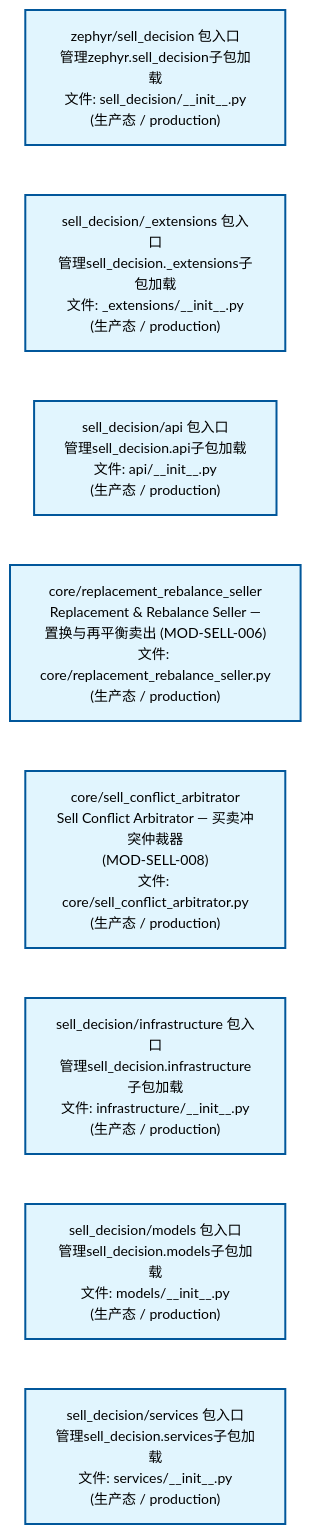
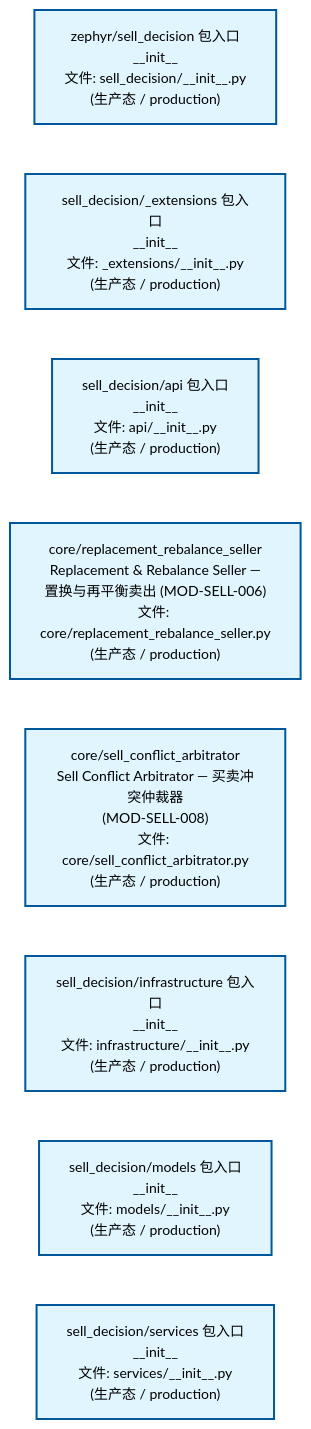
Before and after one commit to xuanFelixVan/ZephyrAlpha: the second of 4 diagrams in docs/02_enterprise_architecture/02_domain_architecture_docs/67_d_sell_decision.md, drawn with Mermaid. The commit also changed other lines of this file and 56 other files, not shown here.

````diff
--- a/docs/02_enterprise_architecture/02_domain_architecture_docs/67_d_sell_decision.md
+++ b/docs/02_enterprise_architecture/02_domain_architecture_docs/67_d_sell_decision.md
@@ -134,24 +134,24 @@
 ```mermaid
 %%{init: {'theme': 'base', 'themeVariables': {'primaryColor': '#eaeaea', 'primaryTextColor': '#333333', 'primaryBorderColor': '#666666', 'lineColor': '#666666', 'secondaryColor': '#eaeaea', 'tertiaryColor': '#eaeaea', 'fontSize': '14px'}}}%%
 flowchart TD
-    src_zephyr_sell_decision_init_py["zephyr/sell_decision 包入口<br/>管理zephyr.sell_decision子包加载<br/>文件: sell_decision/__init__.py<br/>(生产态 / production)"]
-    src_zephyr_sell_decision_extensions_init_py["sell_decision/_extensions 包入口<br/>管理sell_decision._extensions子包加载<br/>文件: _extensions/__init__.py<br/>(生产态 / production)"]
-    src_zephyr_sell_decision_api_init_py["sell_decision/api 包入口<br/>管理sell_decision.api子包加载<br/>文件: api/__init__.py<br/>(生产态 / production)"]
+    src_zephyr_sell_decision_init_py["zephyr/sell_decision 包入口<br/>__init__<br/>文件: sell_decision/__init__.py<br/>(生产态 / production)"]
+    src_zephyr_sell_decision_extensions_init_py["sell_decision/_extensions 包入口<br/>__init__<br/>文件: _extensions/__init__.py<br/>(生产态 / production)"]
+    src_zephyr_sell_decision_api_init_py["sell_decision/api 包入口<br/>__init__<br/>文件: api/__init__.py<br/>(生产态 / production)"]
     src_zephyr_sell_decision_core_replacement_rebalance_seller_py["core/replacement_rebalance_seller<br/>Replacement & Rebalance Seller —<br/>置换与再平衡卖出 (MOD-SELL-006)<br/>文件: core/replacement_rebalance_seller.py<br/>(生产态 / production)"]
     src_zephyr_sell_decision_core_sell_conflict_arbitrator_py["core/sell_conflict_arbitrator<br/>Sell Conflict Arbitrator — 买卖冲突仲裁器<br/>(MOD-SELL-008)<br/>文件: core/sell_conflict_arbitrator.py<br/>(生产态 / production)"]
-    src_zephyr_sell_decision_infrastructure_init_py["sell_decision/infrastructure 包入口<br/>管理sell_decision.infrastructure子包加载<br/>文件: infrastructure/__init__.py<br/>(生产态 / production)"]
-    src_zephyr_sell_decision_models_init_py["sell_decision/models 包入口<br/>管理sell_decision.models子包加载<br/>文件: models/__init__.py<br/>(生产态 / production)"]
-    src_zephyr_sell_decision_services_init_py["sell_decision/services 包入口<br/>管理sell_decision.services子包加载<br/>文件: services/__init__.py<br/>(生产态 / production)"]
+    src_zephyr_sell_decision_infrastructure_init_py["sell_decision/infrastructure 包入口<br/>__init__<br/>文件: infrastructure/__init__.py<br/>(生产态 / production)"]
+    src_zephyr_sell_decision_models_init_py["sell_decision/models 包入口<br/>__init__<br/>文件: models/__init__.py<br/>(生产态 / production)"]
+    src_zephyr_sell_decision_services_init_py["sell_decision/services 包入口<br/>__init__<br/>文件: services/__init__.py<br/>(生产态 / production)"]
     src_zephyr_sell_decision_init_py ~~~ src_zephyr_sell_decision_extensions_init_py
     src_zephyr_sell_decision_extensions_init_py ~~~ src_zephyr_sell_decision_api_init_py
     src_zephyr_sell_decision_api_init_py ~~~ src_zephyr_sell_decision_core_replacement_rebalance_seller_py
     src_zephyr_sell_decision_core_replacement_rebalance_seller_py ~~~ src_zephyr_sell_decision_core_sell_conflict_arbitrator_py
     src_zephyr_sell_decision_core_sell_conflict_arbitrator_py ~~~ src_zephyr_sell_decision_infrastructure_init_py
     src_zephyr_sell_decision_infrastructure_init_py ~~~ src_zephyr_sell_decision_models_init_py
     src_zephyr_sell_decision_models_init_py ~~~ src_zephyr_sell_decision_services_init_py
     classDef production fill:#e1f5fe,stroke:#01579b,stroke-width:2px,color:#000
     classDef design fill:#fff3e0,stroke:#e65100,stroke-width:2px,color:#000,stroke-dasharray: 5 5
     classDef external_prod fill:#e8f4fd,stroke:#0277bd,stroke-width:1px,color:#000
     classDef external_design fill:#fff8e7,stroke:#ef6c00,stroke-width:1px,color:#000,stroke-dasharray: 5 5
     class src_zephyr_sell_decision_init_py,src_zephyr_sell_decision_extensions_init_py,src_zephyr_sell_decision_api_init_py,src_zephyr_sell_decision_core_replacement_rebalance_seller_py,src_zephyr_sell_decision_core_sell_conflict_arbitrator_py,src_zephyr_sell_decision_infrastructure_init_py,src_zephyr_sell_decision_models_init_py,src_zephyr_sell_decision_services_init_py production
 ```
````
